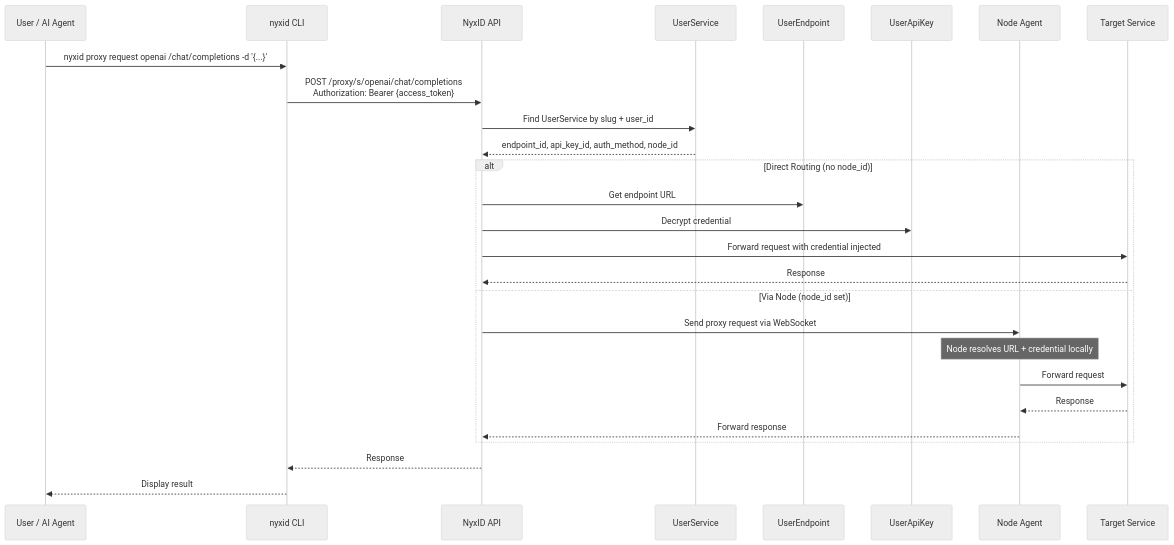
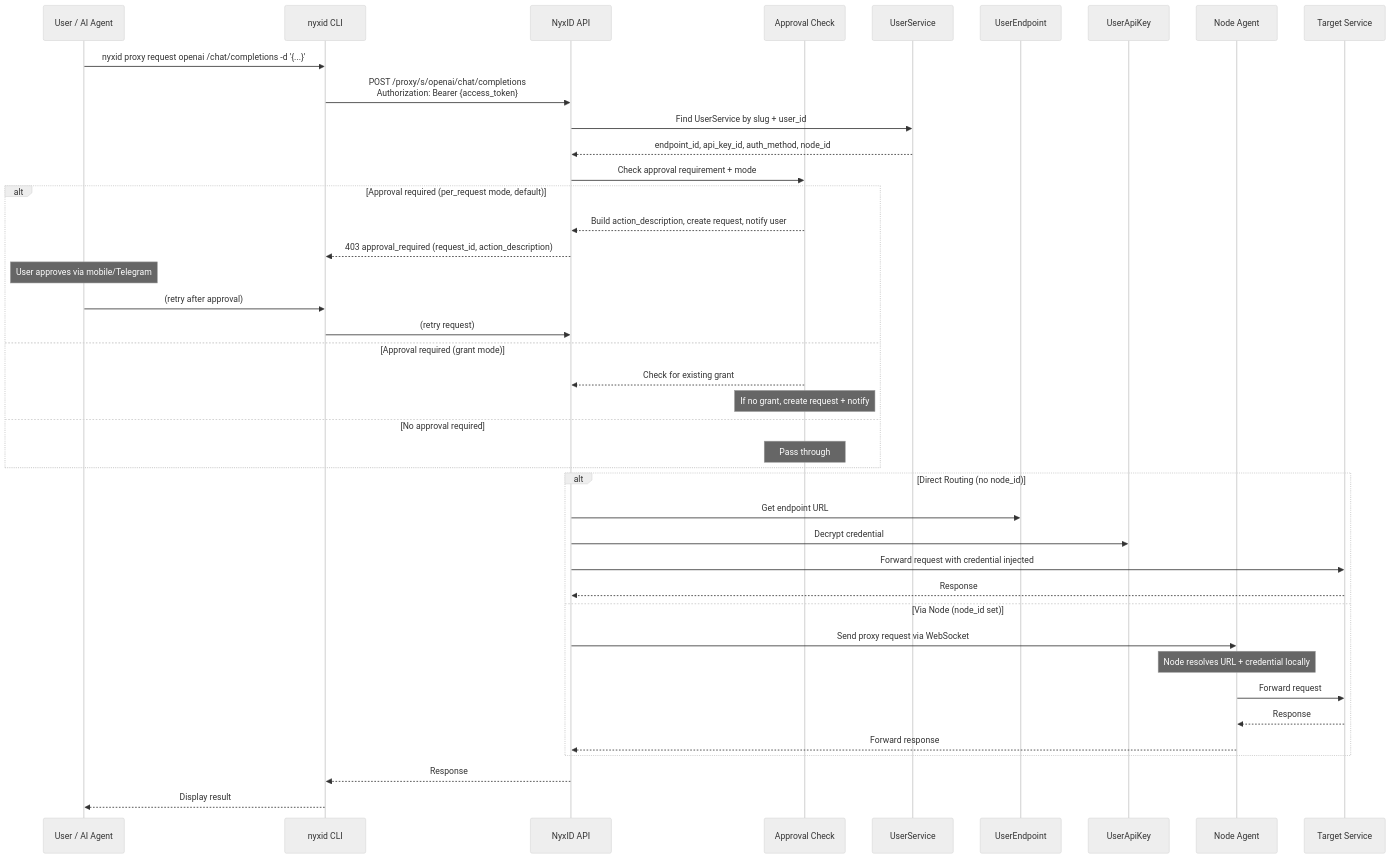
One commit to yonasBSD/NyxID changed the third of 7 diagrams in docs/AI_SERVICES_ARCHITECTURE.md. Above: the diagram before and after it, drawn with Mermaid (neutral theme). The commit also changed 29 other files, not shown here.

````diff
--- a/docs/AI_SERVICES_ARCHITECTURE.md
+++ b/docs/AI_SERVICES_ARCHITECTURE.md
@@ -122,33 +122,48 @@
 ```mermaid
 sequenceDiagram
     participant User as User / AI Agent
     participant CLI as nyxid CLI
     participant API as NyxID API
+    participant Approval as Approval Check
     participant US as UserService
     participant UE as UserEndpoint
     participant UAK as UserApiKey
     participant Node as Node Agent
     participant Target as Target Service
 
     User->>CLI: nyxid proxy request openai /chat/completions -d '{...}'
     CLI->>API: POST /proxy/s/openai/chat/completions<br/>Authorization: Bearer {access_token}
 
     API->>US: Find UserService by slug + user_id
     US-->>API: endpoint_id, api_key_id, auth_method, node_id
+
+    API->>Approval: Check approval requirement + mode
+    alt Approval required (per_request mode, default)
+        Approval-->>API: Build action_description, create request, notify user
+        API-->>CLI: 403 approval_required (request_id, action_description)
+        Note over User: User approves via mobile/Telegram
+        User->>CLI: (retry after approval)
+        CLI->>API: (retry request)
+    else Approval required (grant mode)
+        Approval-->>API: Check for existing grant
+        Note over Approval: If no grant, create request + notify
+    else No approval required
+        Note over Approval: Pass through
+    end
 
     alt Direct Routing (no node_id)
         API->>UE: Get endpoint URL
         API->>UAK: Decrypt credential
         API->>Target: Forward request with credential injected
         Target-->>API: Response
     else Via Node (node_id set)
         API->>Node: Send proxy request via WebSocket
         Note over Node: Node resolves URL + credential locally
         Node->>Target: Forward request
         Target-->>Node: Response
         Node-->>API: Forward response
     end
 
     API-->>CLI: Response
     CLI-->>User: Display result
 ```
````
